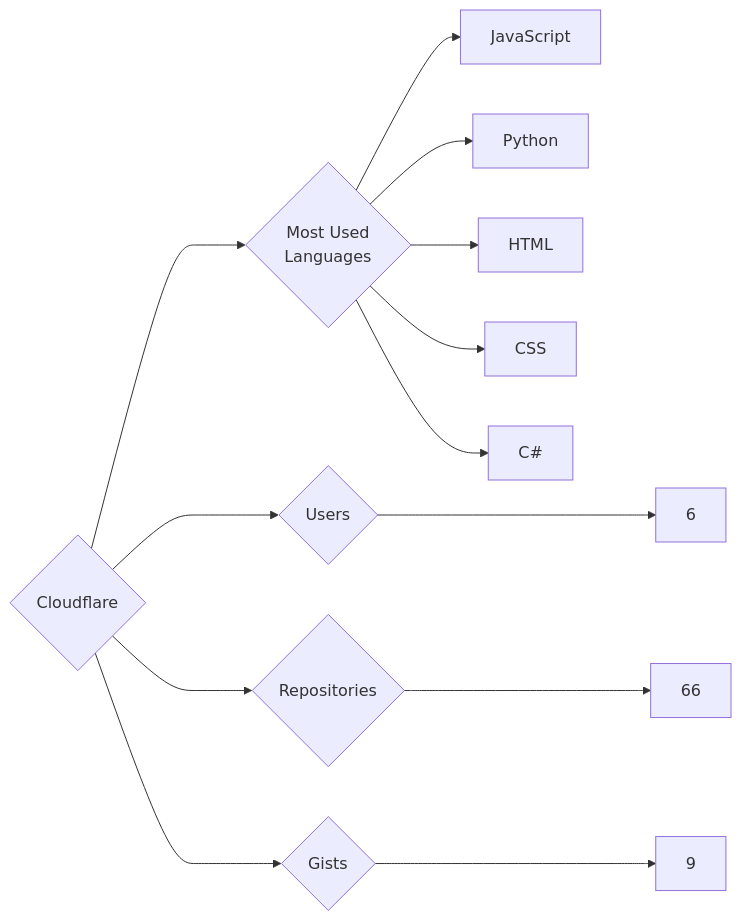
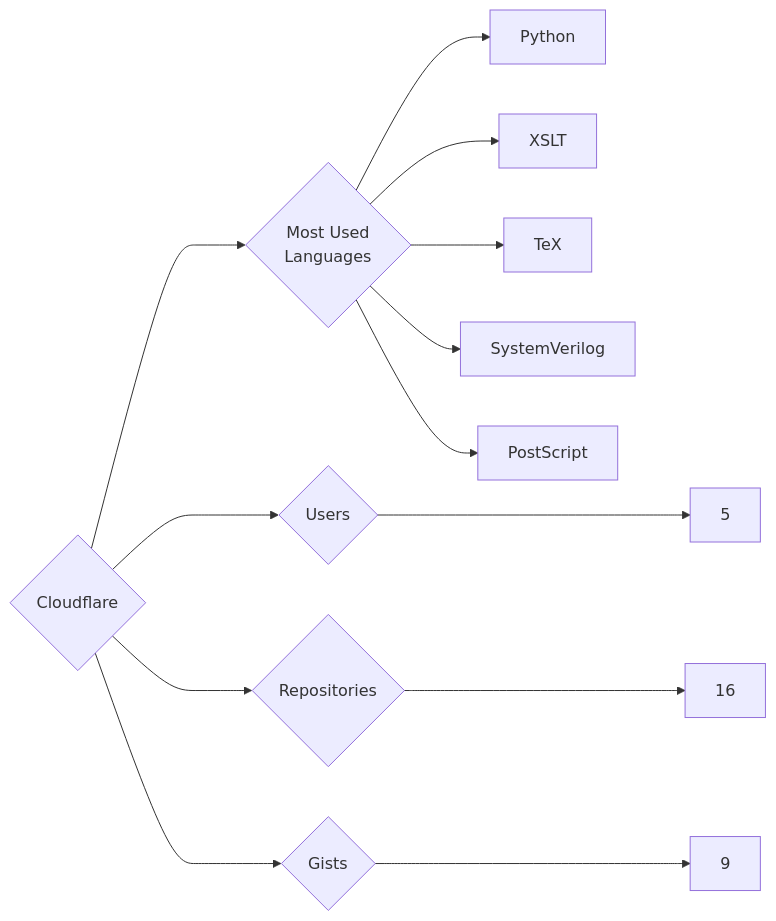
Before and after one commit to trickest/insiders: the diagram in targets/Cloudflare/README.md, drawn with Mermaid. The commit also changed 815 other files, not shown here.

````diff
--- a/targets/Cloudflare/README.md
+++ b/targets/Cloudflare/README.md
@@ -3,13 +3,13 @@
 ```mermaid
 graph LR
 COMPANY_NAME{Cloudflare}
-COMPANY_NAME ---> U{Users} ---> UN[6]
-COMPANY_NAME ---> R{Repositories} ---> RN[66]
+COMPANY_NAME ---> U{Users} ---> UN[5]
+COMPANY_NAME ---> R{Repositories} ---> RN[16]
 COMPANY_NAME ---> G{Gists} ---> GN[9]
 COMPANY_NAME ---> ML{Most Used<br>Languages}
-ML --> JavaScript[JavaScript]
 ML --> Python[Python]
-ML --> HTML[HTML]
-ML --> CSS[CSS]
-ML --> C#[C#]
+ML --> XSLT[XSLT]
+ML --> TeX[TeX]
+ML --> SystemVerilog[SystemVerilog]
+ML --> PostScript[PostScript]
 ```
````
